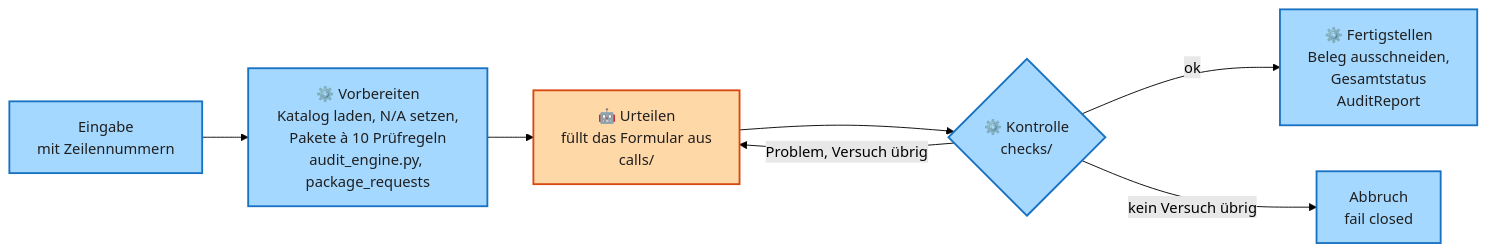
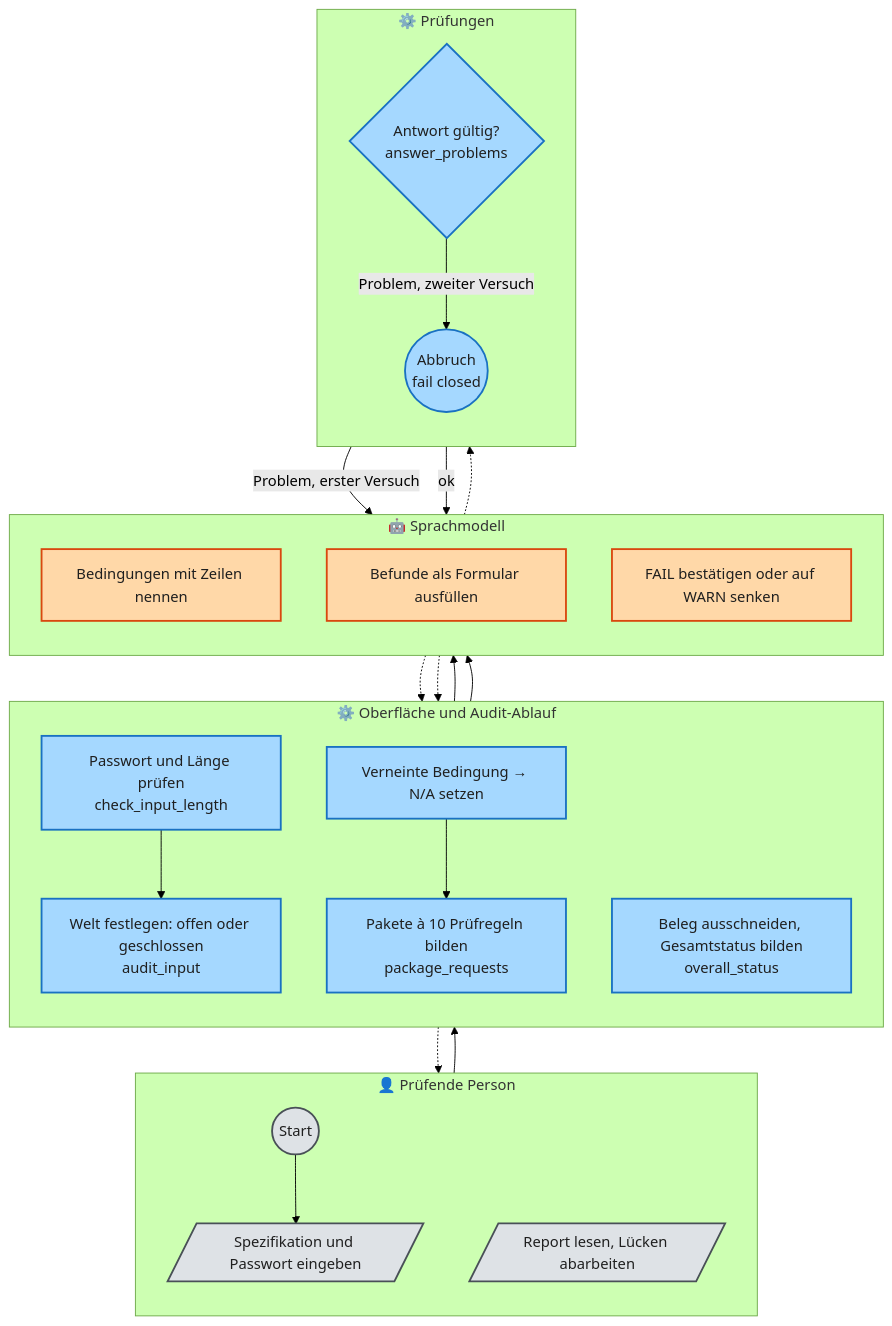
One commit to Daniel74/GovGuard changed the second of 5 diagrams in docs/ARCHITECTURE.md. Above: the diagram before and after it, drawn with Mermaid (forest theme). The commit also changed other lines of this file and 53 other files, not shown here.

Commit message:
#72 4+1-Doku ersetzt ARCHITECTURE und DESIGN, Ausbau nach AUSBAU.md, Drift-Test vereint

````diff
--- a/docs/ARCHITECTURE.md
+++ b/docs/ARCHITECTURE.md
@@ -125,15 +154,39 @@
 ```mermaid
-flowchart LR
-  E["Eingabe<br/>mit Zeilennummern"]:::code
-  V["⚙️ Vorbereiten<br/>Katalog laden, N/A setzen,<br/>Pakete à 10 Prüfregeln<br/>audit_engine.py, package_requests"]:::code
-  M["🤖 Urteilen<br/>füllt das Formular aus<br/>calls/"]:::llm
-  G{"⚙️ Kontrolle<br/>checks/"}:::code
-  R["⚙️ Fertigstellen<br/>Beleg ausschneiden,<br/>Gesamtstatus<br/>AuditReport"]:::code
-  X["Abbruch<br/>fail closed"]:::code
-  E --> V --> M --> G
-  G -->|ok| R
-  G -->|"Problem, Versuch übrig"| M
-  G -->|"kein Versuch übrig"| X
+flowchart TB
+  subgraph L1["👤 Prüfende Person"]
+    direction TB
+    s1(("Start")):::human
+    a1[/"Spezifikation und Passwort eingeben"/]:::human
+    a9[/"Report lesen, Lücken abarbeiten"/]:::human
+  end
+  subgraph L2["⚙️ Oberfläche und Audit-Ablauf"]
+    direction TB
+    b1["Passwort und Länge prüfen<br/>check_input_length"]:::code
+    b2["Welt festlegen: offen oder geschlossen<br/>audit_input"]:::code
+    b3["Verneinte Bedingung → N/A setzen"]:::code
+    b4["Pakete à 10 Prüfregeln bilden<br/>package_requests"]:::code
+    b8["Beleg ausschneiden, Gesamtstatus bilden<br/>overall_status"]:::code
+  end
+  subgraph L3["🤖 Sprachmodell"]
+    direction TB
+    c1["Bedingungen mit Zeilen nennen"]:::llm
+    c2["Befunde als Formular ausfüllen"]:::llm
+    c3["FAIL bestätigen oder auf WARN senken"]:::llm
+  end
+  subgraph L4["⚙️ Prüfungen"]
+    direction TB
+    g1{"Antwort gültig?<br/>answer_problems"}:::code
+    x1(("Abbruch<br/>fail closed")):::code
+  end
+  s1 --> a1 --> b1 --> b2 --> c1
+  c1 -.-> b3 --> b4 --> c2
+  c2 -.-> g1
+  g1 -->|"Problem, erster Versuch"| c2
+  g1 -->|"Problem, zweiter Versuch"| x1
+  g1 -->|"ok"| c3
+  c3 -.-> b8
+  b8 -.-> a9
   classDef llm fill:#ffd8a8,stroke:#d9480f,color:#1f1f1f,stroke-width:2px
   classDef code fill:#a5d8ff,stroke:#1971c2,color:#1f1f1f,stroke-width:2px
+  classDef human fill:#dee2e6,stroke:#495057,color:#1f1f1f,stroke-width:2px
 ```
````
